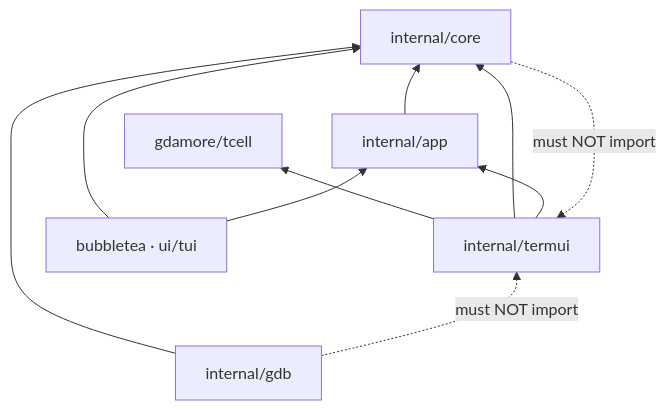
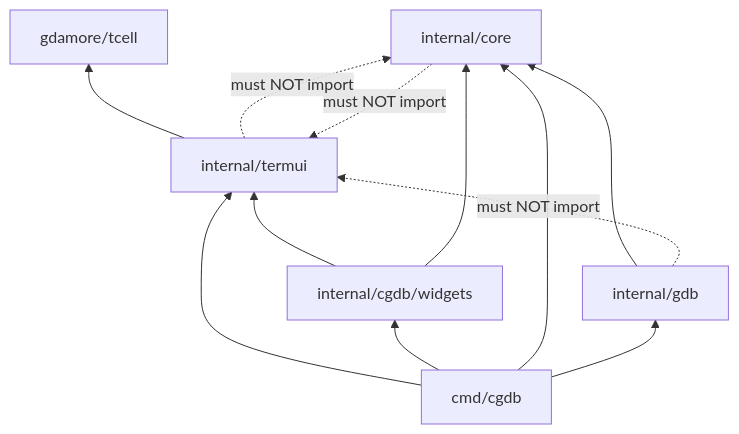
The second of 2 diagrams in docs/DIRECTORY_STRUCTURE.md (yairgd/gdbforge), drawn with Mermaid before and after one commit. The commit also changed other lines of this file and 23 other files, not shown here.

````diff
--- a/docs/DIRECTORY_STRUCTURE.md
+++ b/docs/DIRECTORY_STRUCTURE.md
@@ -212,20 +169,23 @@
 ```mermaid
 flowchart BT
     tcell["gdamore/tcell"]
     termui["internal/termui"]
-    app["internal/app"]
+    widgets["internal/cgdb/widgets"]
     core["internal/core"]
     gdb["internal/gdb"]
-    bubble["bubbletea · ui/tui"]
+    cgdb_cmd["cmd/cgdb"]
 
     termui --> tcell
-    termui --> core
-    termui --> app
-    app --> core
+    widgets --> termui
+    widgets --> core
     gdb --> core
-    bubble --> core
-    bubble --> app
+
+    cgdb_cmd --> termui
+    cgdb_cmd --> widgets
+    cgdb_cmd --> core
+    cgdb_cmd --> gdb
 
     gdb -.->|"must NOT import"| termui
     core -.->|"must NOT import"| termui
+    termui -.->|"must NOT import"| core
 ```
````
